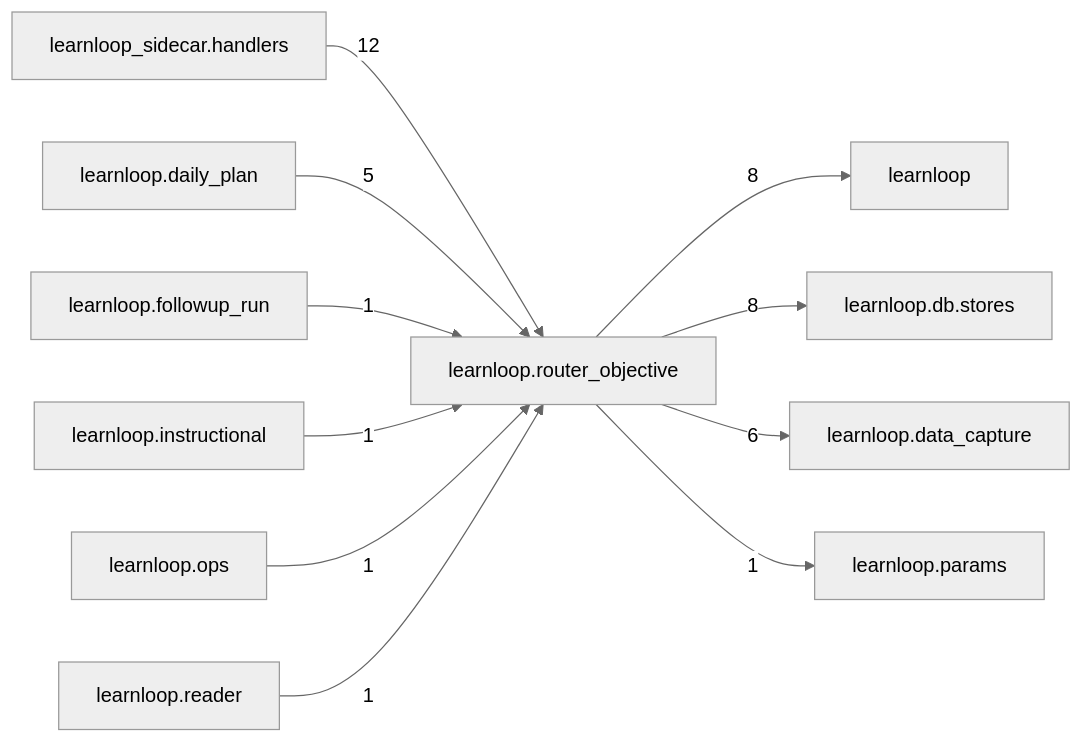
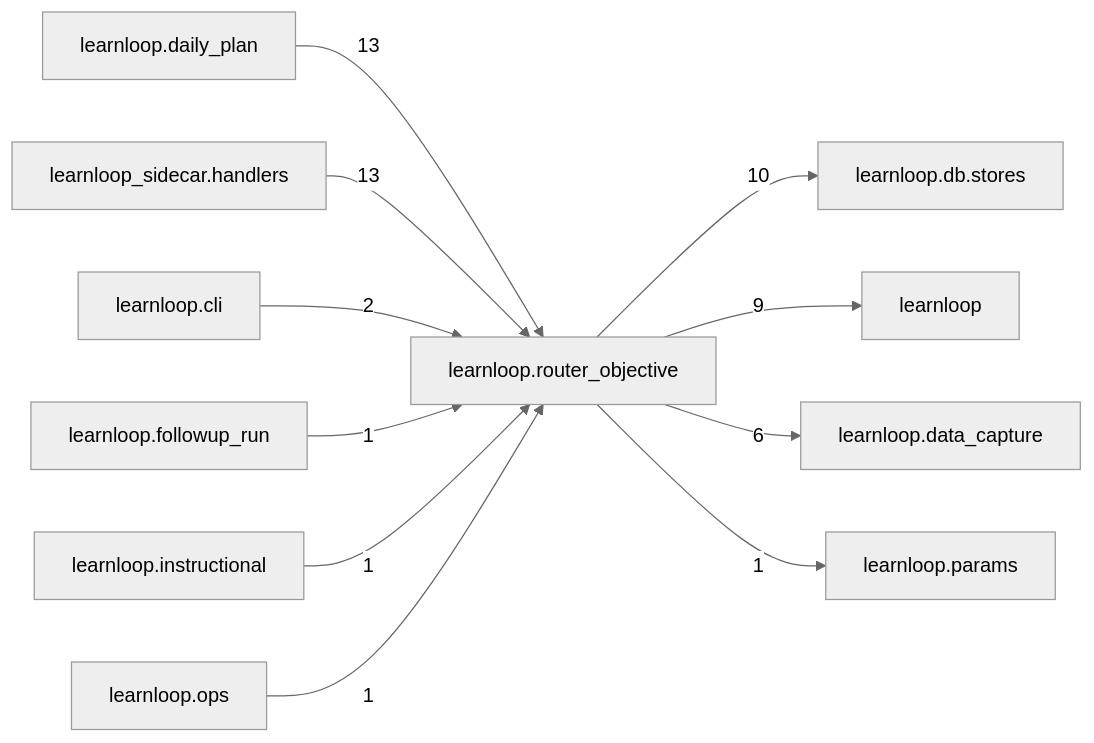
One commit to 6up-b/learnanything changed the diagram in docs/learnloop-architecture-vault/Reference/Modules/learnloop/router_objective/_package.md. Above: the diagram before and after it, drawn with Mermaid (neutral theme). The commit also changed other lines of this file and 585 other files, not shown here.

First line of the commit message:
RO4 (5): specs amended (§13: action router §7.3, the R2 plan §3.3, daily loop §6.8, frictionless P1a, AD §8.2; §8.11 as built), the stage record, references regenerated

````diff
--- a/docs/learnloop-architecture-vault/Reference/Modules/learnloop/router_objective/_package.md
+++ b/docs/learnloop-architecture-vault/Reference/Modules/learnloop/router_objective/_package.md
@@ -93,24 +109,24 @@
 ```mermaid
 flowchart LR
     center["learnloop.router_objective"]
+    n_learnloop_daily_plan["learnloop.daily_plan"]
     n_learnloop_sidecar_handlers["learnloop_sidecar.handlers"]
+    n_learnloop_db_stores["learnloop.db.stores"]
     n_learnloop["learnloop"]
-    n_learnloop_db_stores["learnloop.db.stores"]
     n_learnloop_data_capture["learnloop.data_capture"]
-    n_learnloop_daily_plan["learnloop.daily_plan"]
+    n_learnloop_cli["learnloop.cli"]
     n_learnloop_followup_run["learnloop.followup_run"]
     n_learnloop_instructional["learnloop.instructional"]
     n_learnloop_ops["learnloop.ops"]
     n_learnloop_params["learnloop.params"]
-    n_learnloop_reader["learnloop.reader"]
-    n_learnloop_sidecar_handlers -->|12| center
-    center -->|8| n_learnloop
-    center -->|8| n_learnloop_db_stores
+    n_learnloop_daily_plan -->|13| center
+    n_learnloop_sidecar_handlers -->|13| center
+    center -->|10| n_learnloop_db_stores
+    center -->|9| n_learnloop
     center -->|6| n_learnloop_data_capture
-    n_learnloop_daily_plan -->|5| center
+    n_learnloop_cli -->|2| center
     n_learnloop_followup_run -->|1| center
     n_learnloop_instructional -->|1| center
     n_learnloop_ops -->|1| center
     center -->|1| n_learnloop_params
-    n_learnloop_reader -->|1| center
 ```
````
